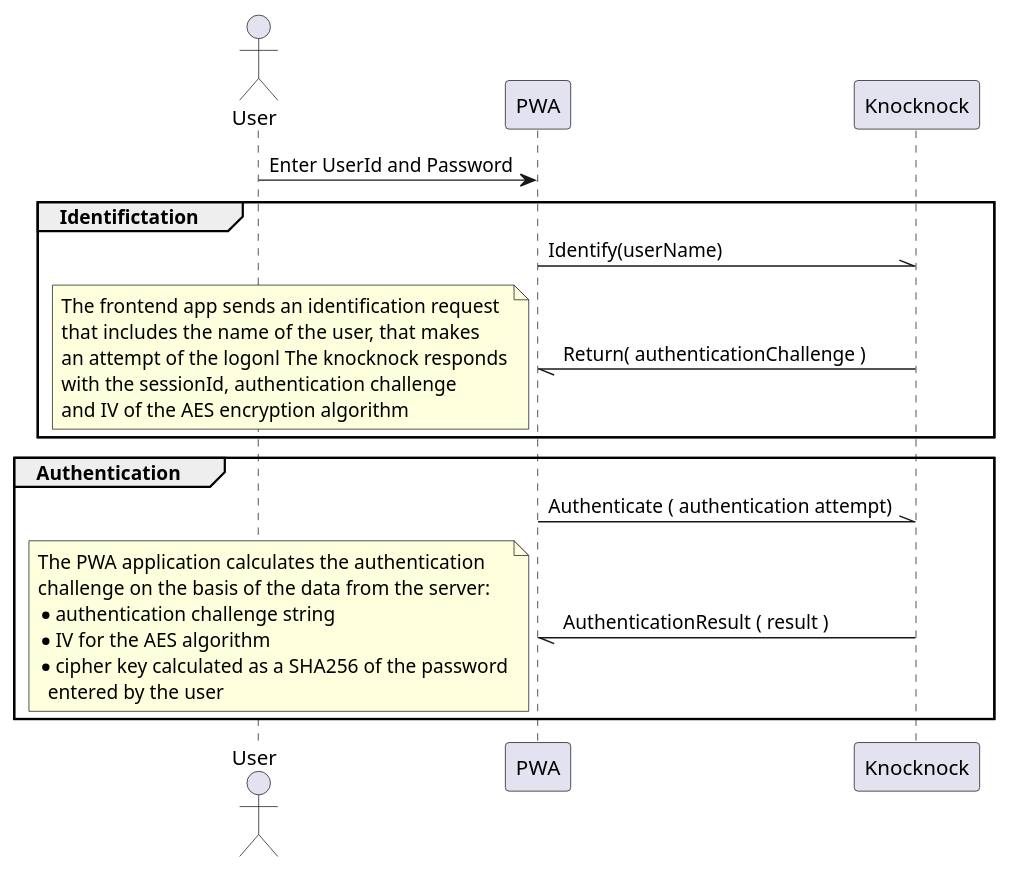
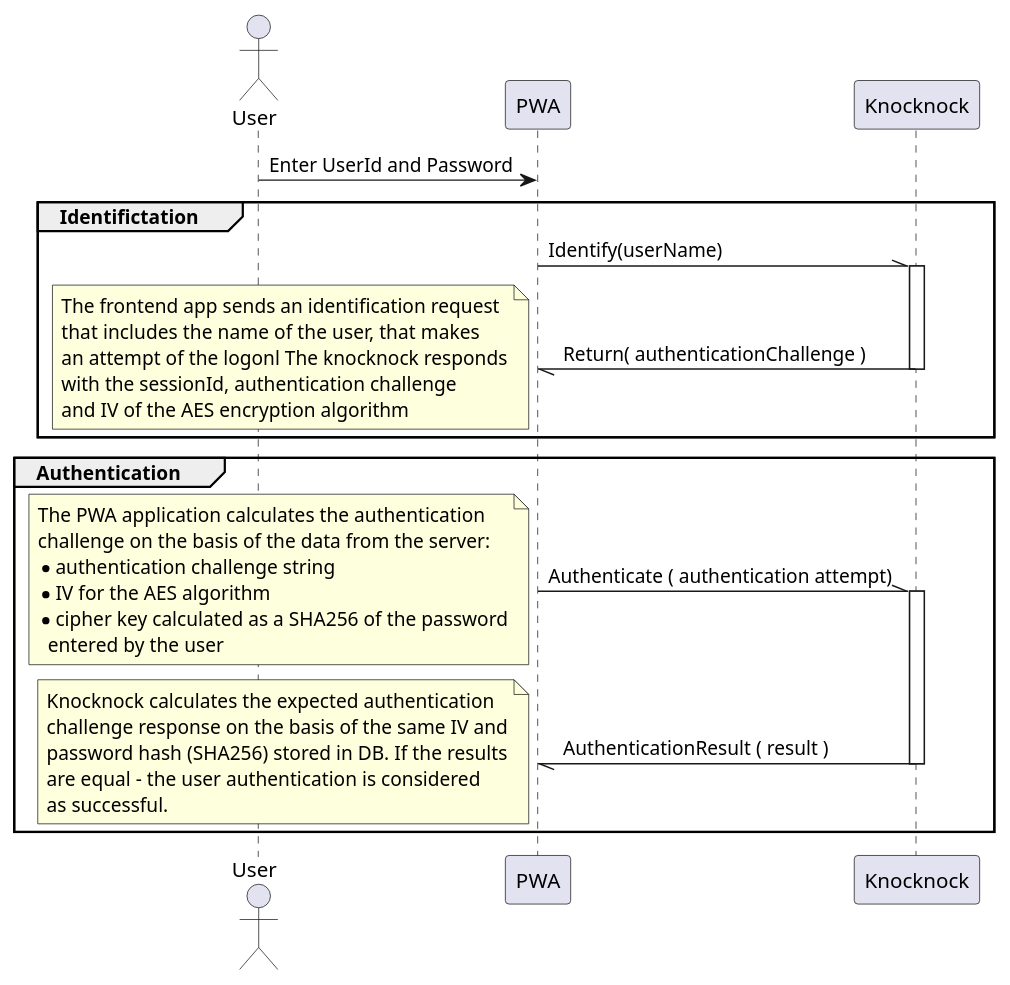
The diagram in docu/loggingOnSequence.puml (pawelwojtowicz/knocknock), drawn with PlantUML before and after one commit.

Commit message:
Update the authentication process description

```diff
--- a/docu/loggingOnSequence.puml
+++ b/docu/loggingOnSequence.puml
@@ -1,32 +1,42 @@
 @startuml
 actor       User       as user
-participant PWA as frontend
-participant Knocknock as knck
+participant PWA        as frontend
+participant Knocknock  as knck
 
 
 user -> frontend : Enter UserId and Password
 group Identifictation
 frontend -\\ knck : Identify(userName)
+activate knck
 knck -// frontend  : Return( authenticationChallenge )
-
+deactivate knck
 note left
 The frontend app sends an identification request
 that includes the name of the user, that makes
 an attempt of the logonl The knocknock responds
 with the sessionId, authentication challenge
 and IV of the AES encryption algorithm
 end note
 end
 group Authentication
 frontend -\\ knck : Authenticate ( authentication attempt)
-knck -// frontend  : AuthenticationResult ( result )
+activate knck
 note left
 The PWA application calculates the authentication
 challenge on the basis of the data from the server:
 * authentication challenge string
 * IV for the AES algorithm
 * cipher key calculated as a SHA256 of the password 
   entered by the user
 end note
+knck -// frontend  : AuthenticationResult ( result )
+deactivate knck
+note left
+Knocknock calculates the expected authentication
+challenge response on the basis of the same IV and
+password hash (SHA256) stored in DB. If the results
+are equal - the user authentication is considered
+as successful.
+end note
 end
 @enduml
```
